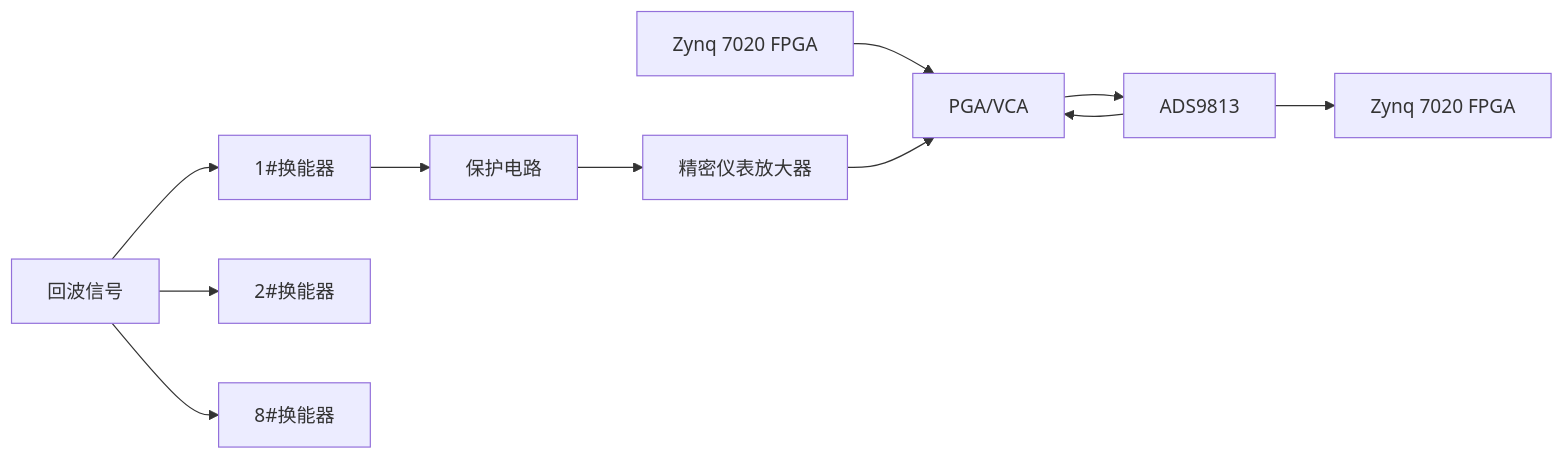
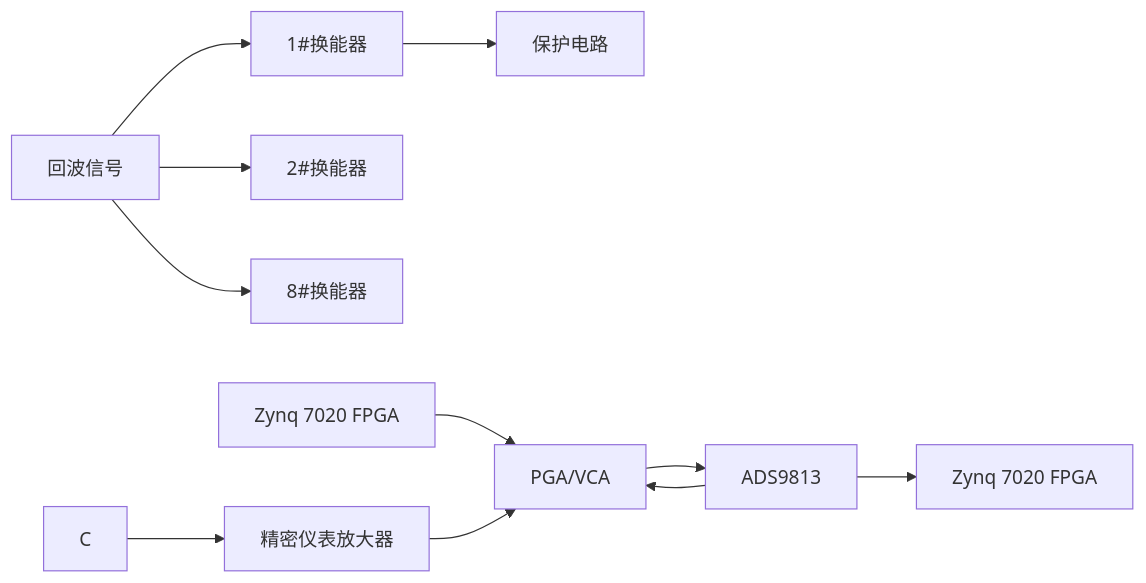
The diagram in all/多通道同步采集-1.md (Rukawa15/iodraw-files), drawn with Mermaid before and after one commit.

Commit message:
2025-06-19 14:07:26 update

````diff
--- a/all/多通道同步采集-1.md
+++ b/all/多通道同步采集-1.md
@@ -1,15 +1,15 @@
 ```mermaid
 graph LR
 A[回波信号]
 A --> B1[1#换能器]
 A --> B2[2#换能器]
 A --> B8[8#换能器]
-B1 --> C[保护电路]
+B1 --> C1[保护电路]
 H[Zynq 7020 FPGA] --> E
 C --> D[精密仪表放大器] 
 D --> E[PGA/VCA] 
 E --> F[ADS9813] 
 F --> G[Zynq 7020 FPGA]
 F --> E
 
 ```
````
